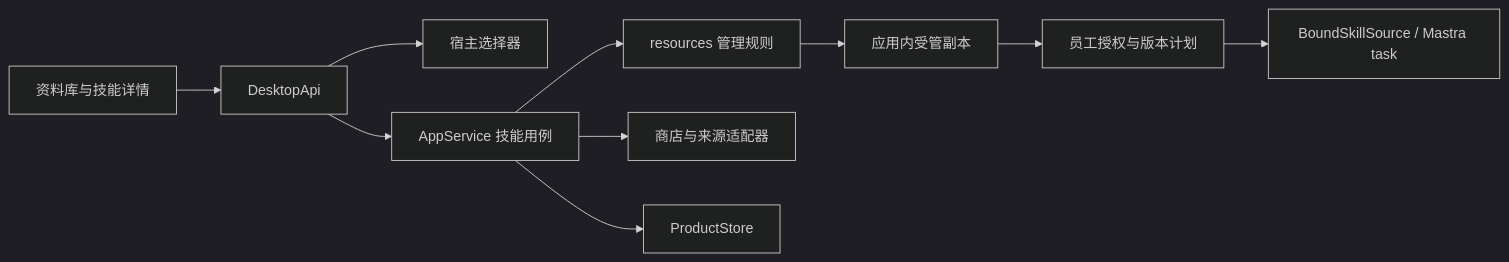
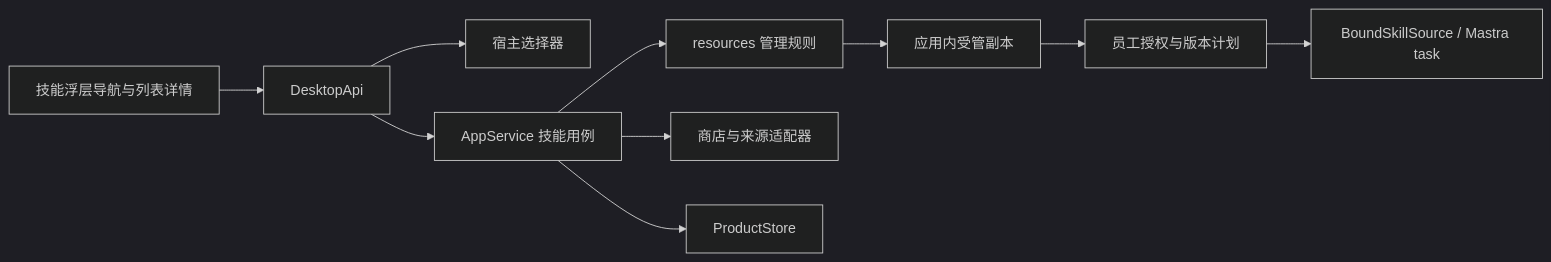
Before and after one commit to 6owen/boai-agent: the diagram in ai-docs/spec/7.Skills管理与商店迁移/03-架构合同与数据迁移.md, drawn with Mermaid (dark theme). The commit also changed other lines of this file and 240 other files, not shown here.

````diff
--- a/ai-docs/spec/7.Skills管理与商店迁移/03-架构合同与数据迁移.md
+++ b/ai-docs/spec/7.Skills管理与商店迁移/03-架构合同与数据迁移.md
@@ -13,12 +24,12 @@
 ```mermaid
 flowchart LR
-  UI[资料库与技能详情] --> IPC[DesktopApi]
+  UI[技能浮层导航与列表详情] --> IPC[DesktopApi]
   IPC --> HOST[宿主选择器]
   IPC --> APP[AppService 技能用例]
   APP --> DOMAIN[resources 管理规则]
   APP --> ADAPTER[商店与来源适配器]
   APP --> DB[ProductStore]
   DOMAIN --> FILES[应用内受管副本]
   FILES --> PLAN[员工授权与版本计划]
   PLAN --> SKILLS[BoundSkillSource / Mastra task]
 ```
````
